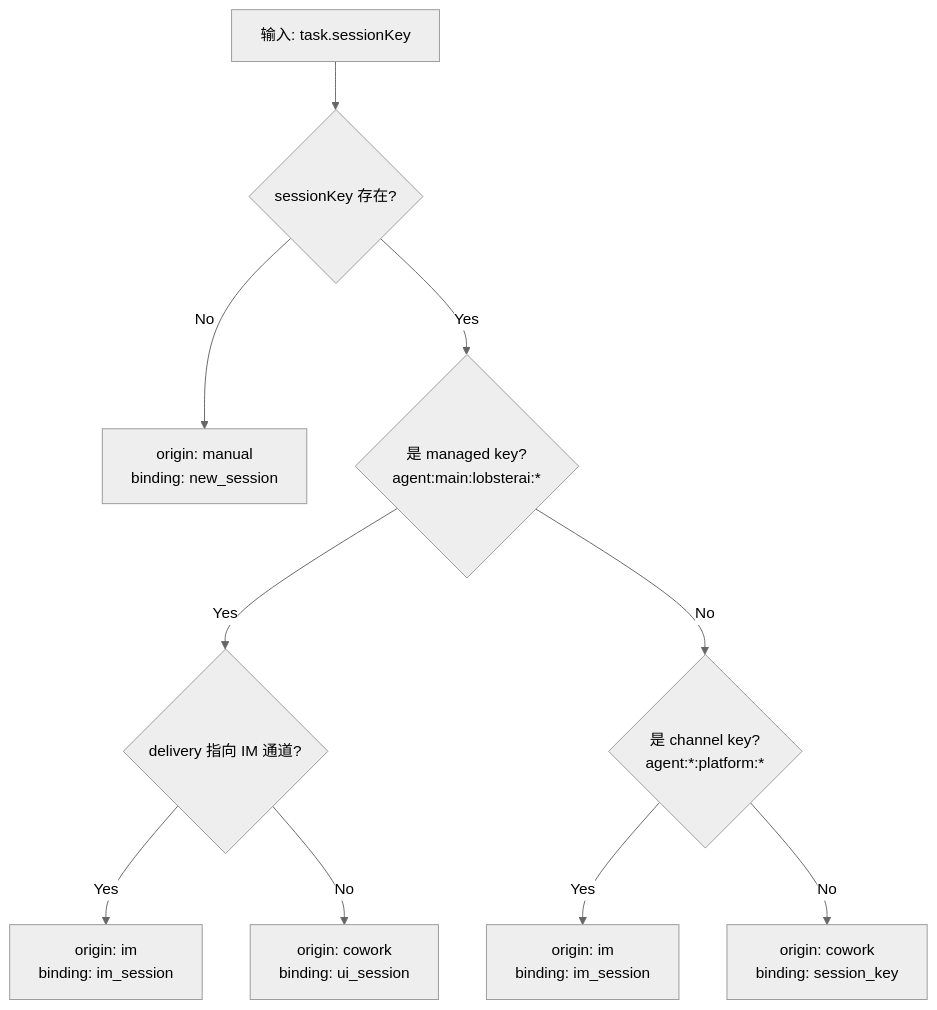
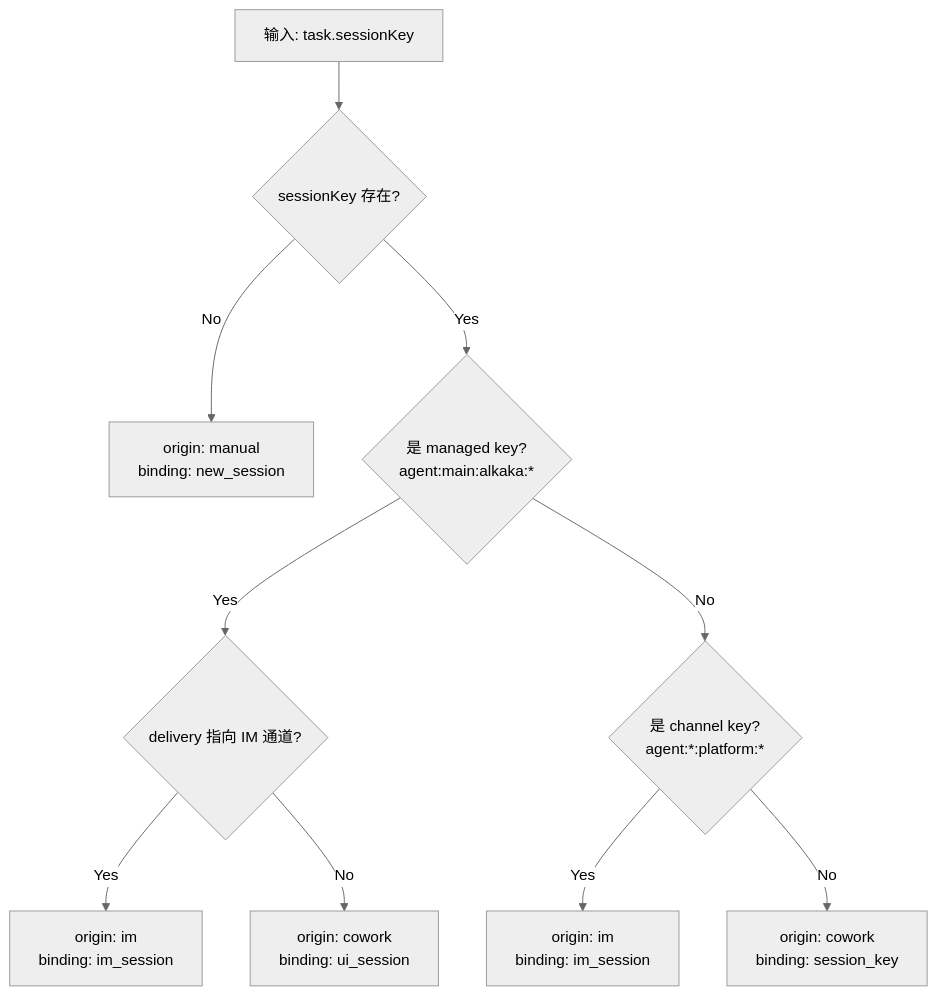
One commit to kidrauhl123/Alkaka changed the fourth of 14 diagrams in src/scheduledTask/design.md. Above: the diagram before and after it, drawn with Mermaid (neutral theme). The commit also changed other lines of this file and 268 other files, not shown here.

````diff
--- a/src/scheduledTask/design.md
+++ b/src/scheduledTask/design.md
@@ -307,12 +307,12 @@
 ```mermaid
 flowchart TD
     A["输入: task.sessionKey"] --> B{sessionKey 存在?}
     B -->|No| G["origin: manual<br/>binding: new_session"]
-    B -->|Yes| C{是 managed key?<br/>agent:main:lobsterai:*}
+    B -->|Yes| C{是 managed key?<br/>agent:main:alkaka:*}
     C -->|Yes| D{delivery 指向 IM 通道?}
     D -->|Yes| E["origin: im<br/>binding: im_session"]
     D -->|No| F["origin: cowork<br/>binding: ui_session"]
     C -->|No| H{是 channel key?<br/>agent:*:platform:*}
     H -->|Yes| I["origin: im<br/>binding: im_session"]
     H -->|No| J["origin: cowork<br/>binding: session_key"]
 ```
````
